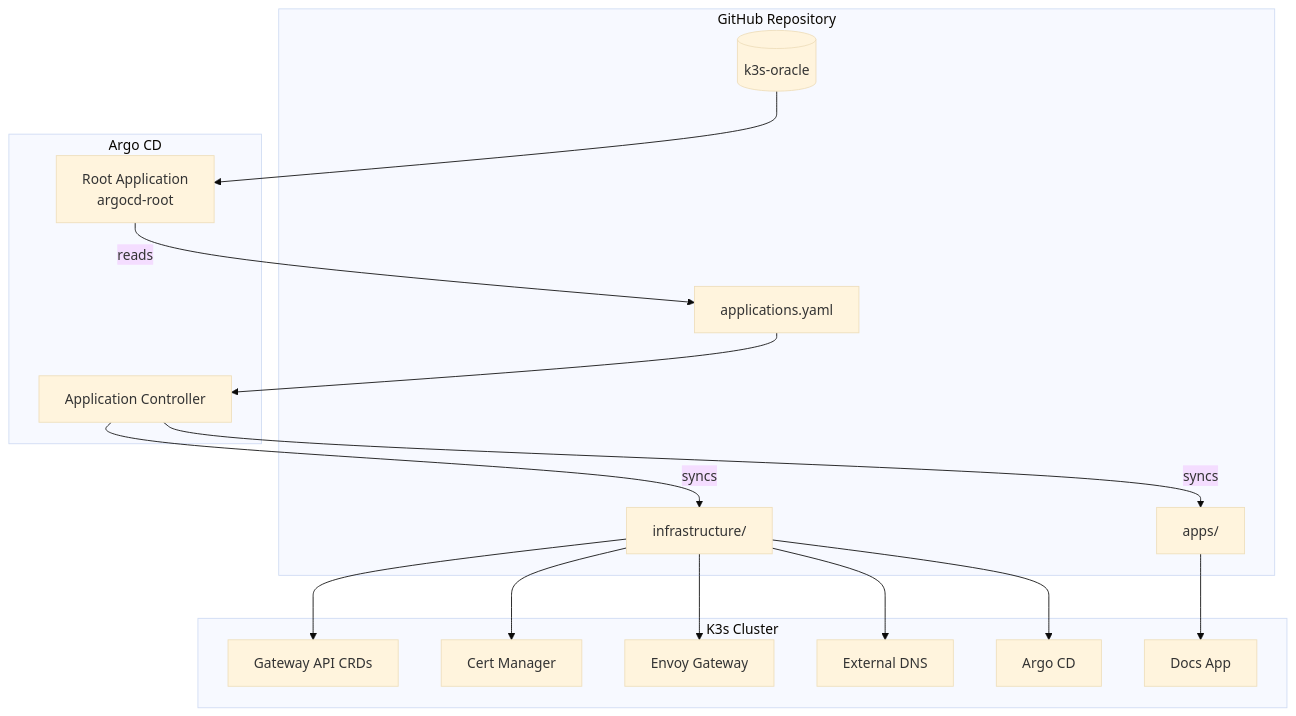
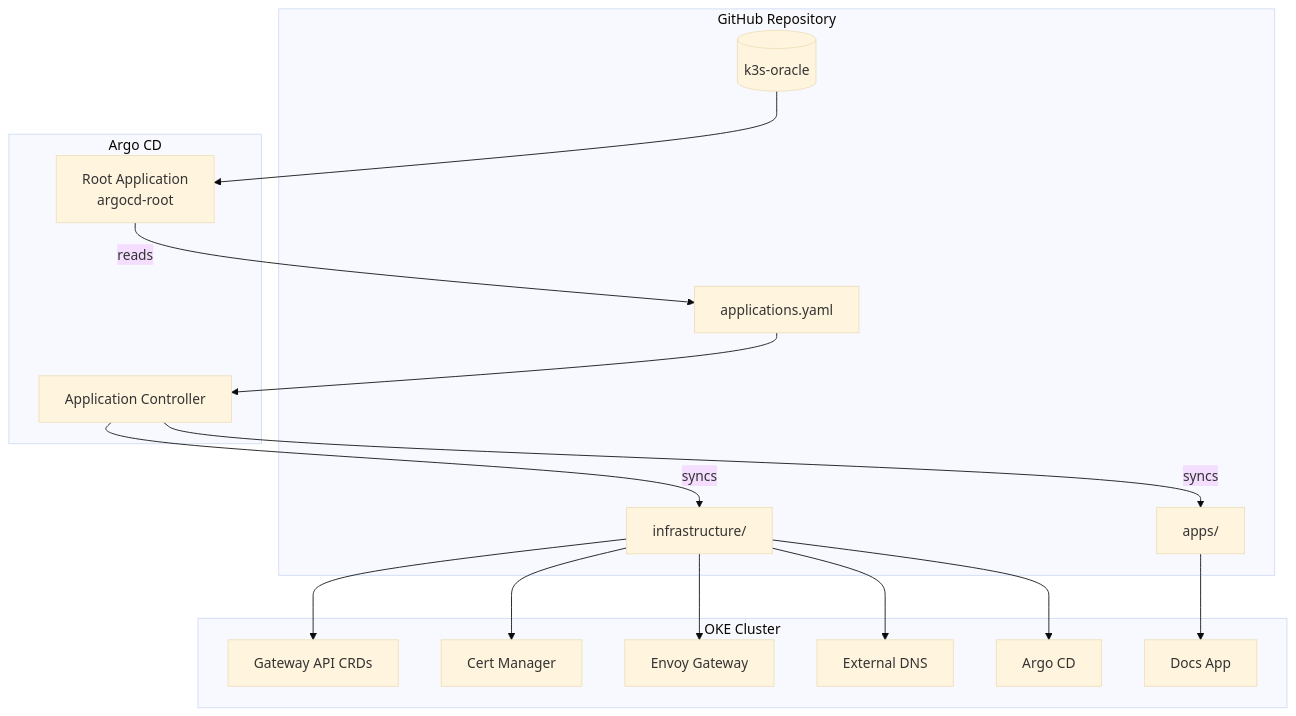
Before and after one commit to nsudhanva/k8s-oracle: the first of 5 diagrams in docs/src/content/docs/architecture/gitops.md, drawn with Mermaid (base theme). The commit also changed other lines of this file and 16 other files, not shown here.

Commit message:
docs: update architecture to OKE and fix envoy gateway subnet

````diff
--- a/docs/src/content/docs/architecture/gitops.md
+++ b/docs/src/content/docs/architecture/gitops.md
@@ -8,35 +8,35 @@
 ```mermaid
 flowchart TB
     subgraph GitHub["GitHub Repository"]
         Repo[(k3s-oracle)]
         AppYAML[applications.yaml]
         Infra[infrastructure/]
         Apps[apps/]
     end
 
     subgraph ArgoCD["Argo CD"]
         Root[Root Application<br/>argocd-root]
         AppController[Application Controller]
     end
 
-    subgraph Cluster["K3s Cluster"]
+    subgraph Cluster["OKE Cluster"]
         CRDs[Gateway API CRDs]
         CM[Cert Manager]
         EG[Envoy Gateway]
         ED[External DNS]
         ArgoSelf[Argo CD]
         DocsApp[Docs App]
     end
 
     Repo --> Root
     Root -->|reads| AppYAML
     AppYAML --> AppController
     AppController -->|syncs| Infra
     AppController -->|syncs| Apps
     Infra --> CRDs
     Infra --> CM
     Infra --> EG
     Infra --> ED
     Infra --> ArgoSelf
     Apps --> DocsApp
 ```
````
